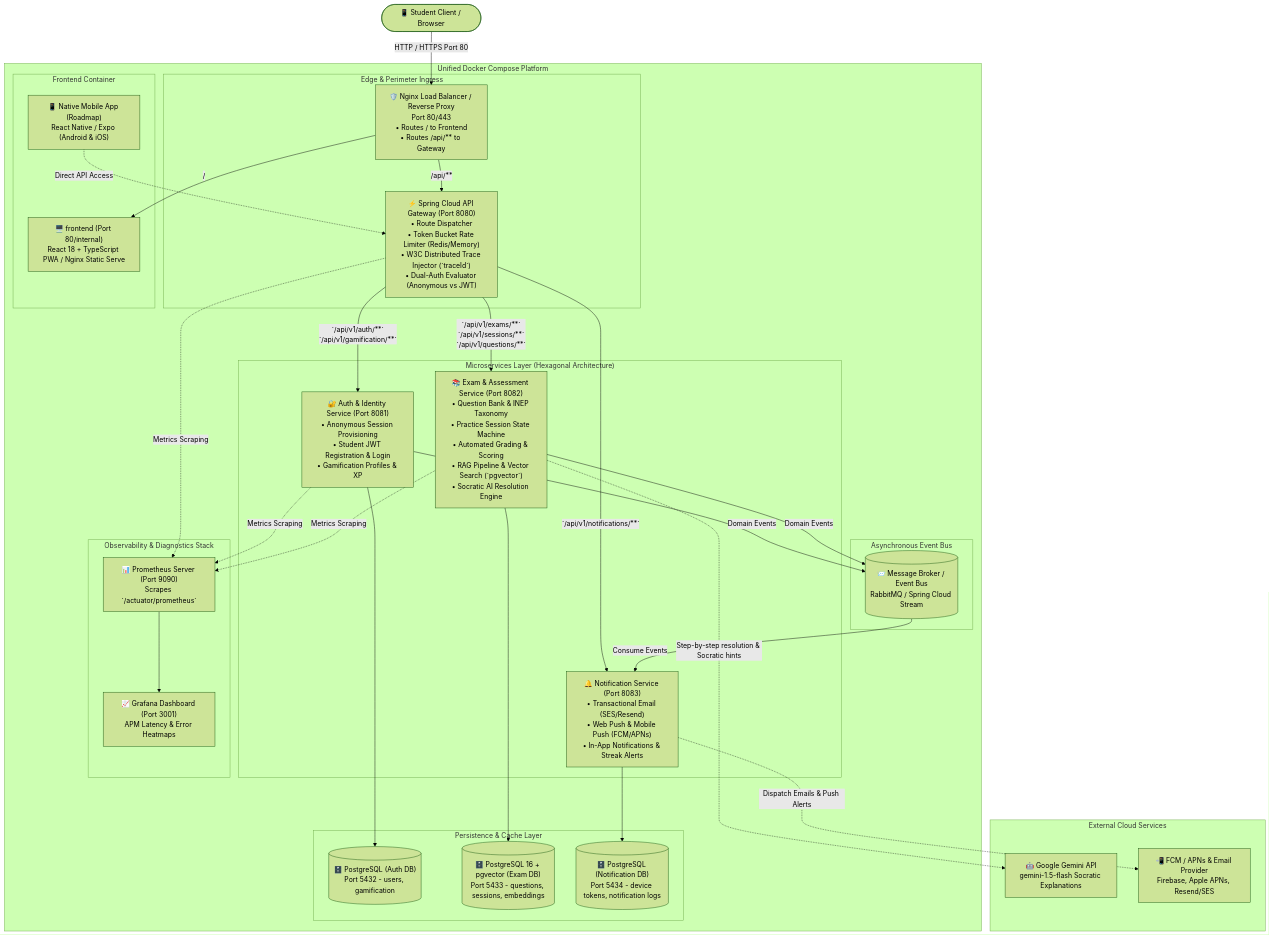
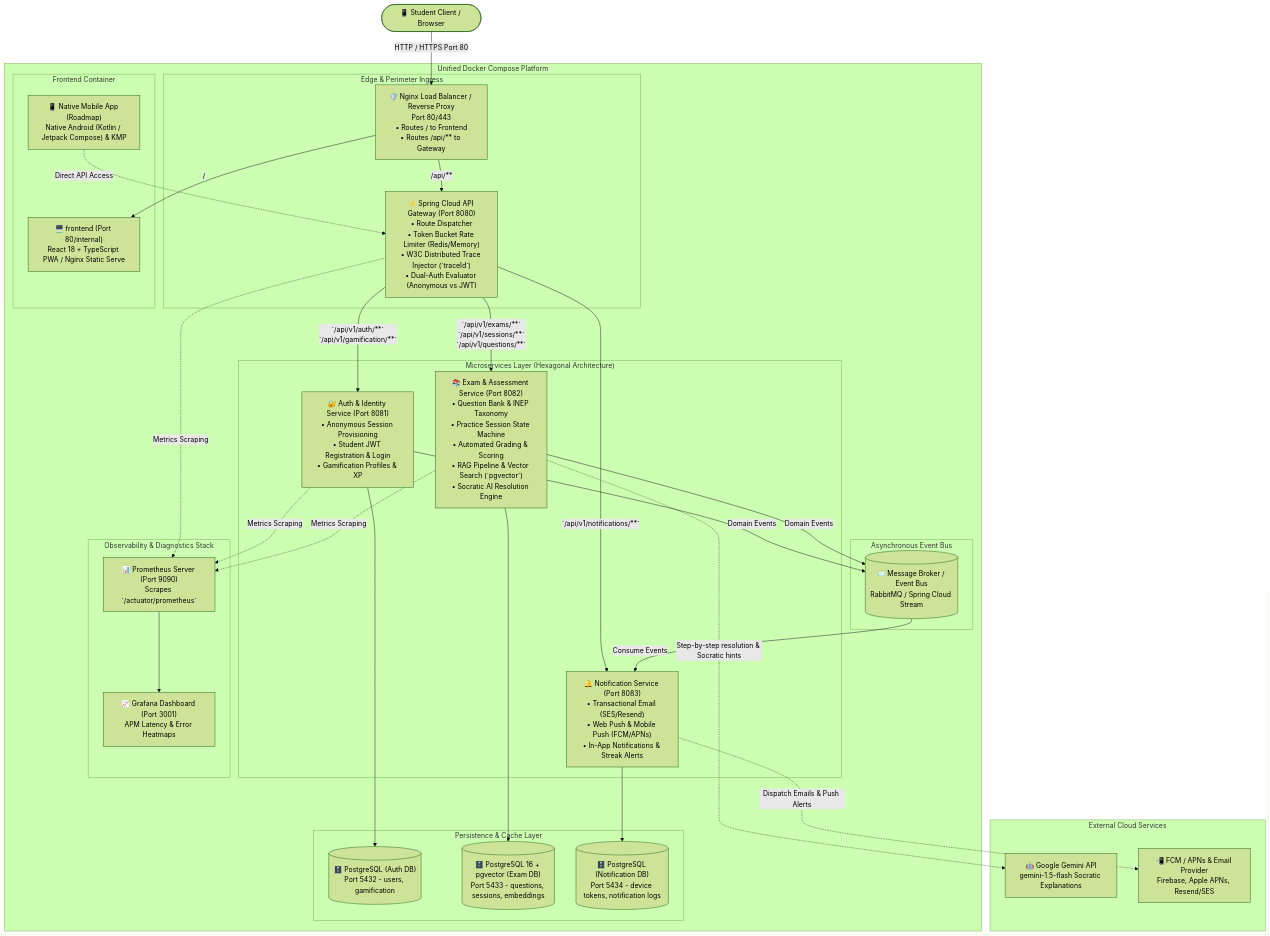
Before and after one commit to Veras-D/AprovaENEM: the first of 13 diagrams in docs/sprint-1/03-system-architecture.md, drawn with Mermaid (forest theme). The commit also changed other lines of this file and 4 other files, not shown here.

Commit message:
docs(mobile): pivot mobile roadmap from React Native to Native Android Kotlin Jetpack Compose and KMP

````diff
--- a/docs/sprint-1/03-system-architecture.md
+++ b/docs/sprint-1/03-system-architecture.md
@@ -15,67 +15,67 @@
 ```mermaid
 flowchart TD
     User([📱 Student Client / Browser])
     
     subgraph DockerComposePlatform ["Unified Docker Compose Platform"]
         subgraph Perimeter ["Edge & Perimeter Ingress"]
             LB["🛡️ Nginx Load Balancer / Reverse Proxy<br/>Port 80/443<br/>• Routes / to Frontend<br/>• Routes /api/** to Gateway"]
             APIGW["⚡ Spring Cloud API Gateway (Port 8080)<br/>• Route Dispatcher<br/>• Token Bucket Rate Limiter (Redis/Memory)<br/>• W3C Distributed Trace Injector (`traceId`)<br/>• Dual-Auth Evaluator (Anonymous vs JWT)"]
         end
 
         subgraph FrontendLayer ["Frontend Container"]
             FrontendUI["🖥️ frontend (Port 80/internal)<br/>React 18 + TypeScript PWA / Nginx Static Serve"]
-            MobileApp["📱 Native Mobile App (Roadmap)<br/>React Native / Expo (Android & iOS)"]
+            MobileApp["📱 Native Mobile App (Roadmap)<br/>Native Android (Kotlin / Jetpack Compose) & KMP"]
         end
 
         subgraph Services ["Microservices Layer (Hexagonal Architecture)"]
             AuthSvc["🔐 Auth & Identity Service (Port 8081)<br/>• Anonymous Session Provisioning<br/>• Student JWT Registration & Login<br/>• Gamification Profiles & XP"]
             ExamSvc["📚 Exam & Assessment Service (Port 8082)<br/>• Question Bank & INEP Taxonomy<br/>• Practice Session State Machine<br/>• Automated Grading & Scoring<br/>• RAG Pipeline & Vector Search (`pgvector`)<br/>• Socratic AI Resolution Engine"]
             NotifSvc["🔔 Notification Service (Port 8083)<br/>• Transactional Email (SES/Resend)<br/>• Web Push & Mobile Push (FCM/APNs)<br/>• In-App Notifications & Streak Alerts"]
         end
 
         subgraph MessagingLayer ["Asynchronous Event Bus"]
             EventBus[("📨 Message Broker / Event Bus<br/>RabbitMQ / Spring Cloud Stream")]
         end
 
         subgraph DataLayer ["Persistence & Cache Layer"]
             PostgresAuth[("🗄️ PostgreSQL (Auth DB)<br/>Port 5432 - users, gamification")]
             PostgresExam[("🗄️ PostgreSQL 16 + pgvector (Exam DB)<br/>Port 5433 - questions, sessions, embeddings")]
             PostgresNotif[("🗄️ PostgreSQL (Notification DB)<br/>Port 5434 - device tokens, notification logs")]
         end
 
         subgraph ObservabilityStack ["Observability & Diagnostics Stack"]
             Prometheus["📊 Prometheus Server (Port 9090)<br/>Scrapes `/actuator/prometheus`"]
             Grafana["📈 Grafana Dashboard (Port 3001)<br/>APM Latency & Error Heatmaps"]
         end
     end
 
     subgraph ExternalServices ["External Cloud Services"]
         GeminiAPI["🤖 Google Gemini API<br/>gemini-1.5-flash Socratic Explanations"]
         PushGateway["📲 FCM / APNs & Email Provider<br/>Firebase, Apple APNs, Resend/SES"]
     end
 
     User -->|HTTP / HTTPS Port 80| LB
     MobileApp -.->|Direct API Access| APIGW
     LB -->|/| FrontendUI
     LB -->|/api/**| APIGW
     
     APIGW -->|`/api/v1/auth/**`<br/>`/api/v1/gamification/**`| AuthSvc
     APIGW -->|`/api/v1/exams/**`<br/>`/api/v1/sessions/**`<br/>`/api/v1/questions/**`| ExamSvc
     APIGW -->|`/api/v1/notifications/**`| NotifSvc
 
     AuthSvc --> PostgresAuth
     ExamSvc --> PostgresExam
     NotifSvc --> PostgresNotif
 
     AuthSvc -->|Domain Events| EventBus
     ExamSvc -->|Domain Events| EventBus
     EventBus -->|Consume Events| NotifSvc
 
     ExamSvc -.->|Step-by-step resolution & Socratic hints| GeminiAPI
     NotifSvc -.->|Dispatch Emails & Push Alerts| PushGateway
 
     APIGW -.->|Metrics Scraping| Prometheus
     AuthSvc -.->|Metrics Scraping| Prometheus
     ExamSvc -.->|Metrics Scraping| Prometheus
     Prometheus --> Grafana
 ```
````
